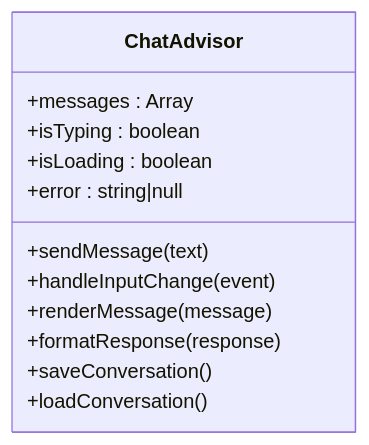
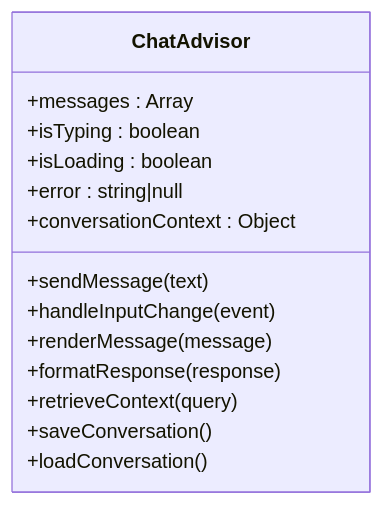
One commit to alibaba-hackathon-fsi/frontend-vaya changed the third of 6 diagrams in .qoder/repowiki/en/content/Chat Interface/Chat Interface.md. Above: the diagram before and after it, drawn with Mermaid. The commit also changed other lines of this file and 77 other files, not shown here.

````diff
--- a/.qoder/repowiki/en/content/Chat Interface/Chat Interface.md
+++ b/.qoder/repowiki/en/content/Chat Interface/Chat Interface.md
@@ -167,15 +191,17 @@
 ```mermaid
 classDiagram
 class ChatAdvisor {
 +messages : Array
 +isTyping : boolean
 +isLoading : boolean
 +error : string|null
++conversationContext : Object
 +sendMessage(text)
 +handleInputChange(event)
 +renderMessage(message)
 +formatResponse(response)
++retrieveContext(query)
 +saveConversation()
 +loadConversation()
 }
 ```
````
